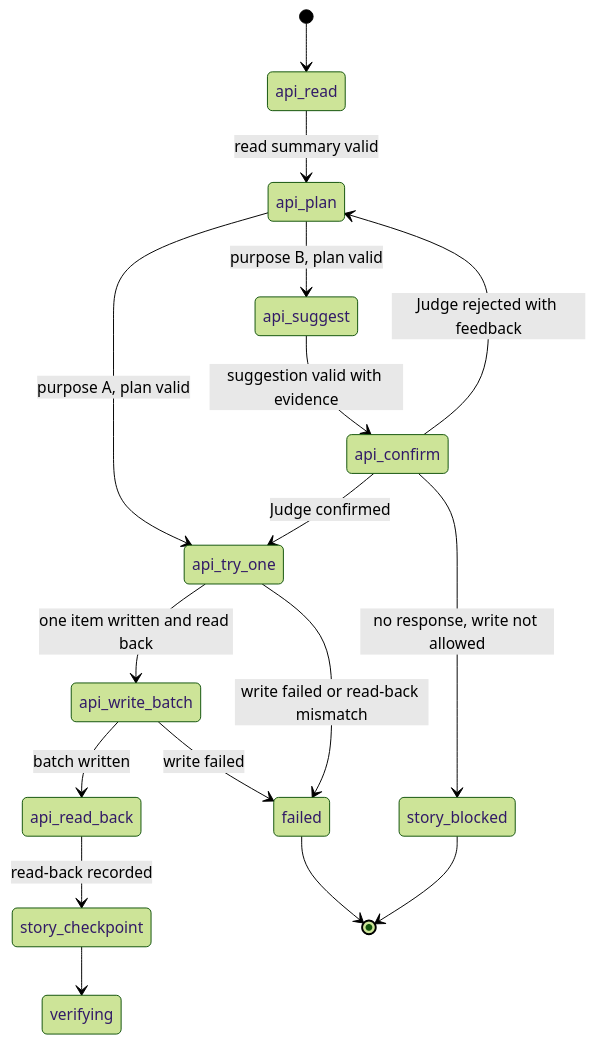
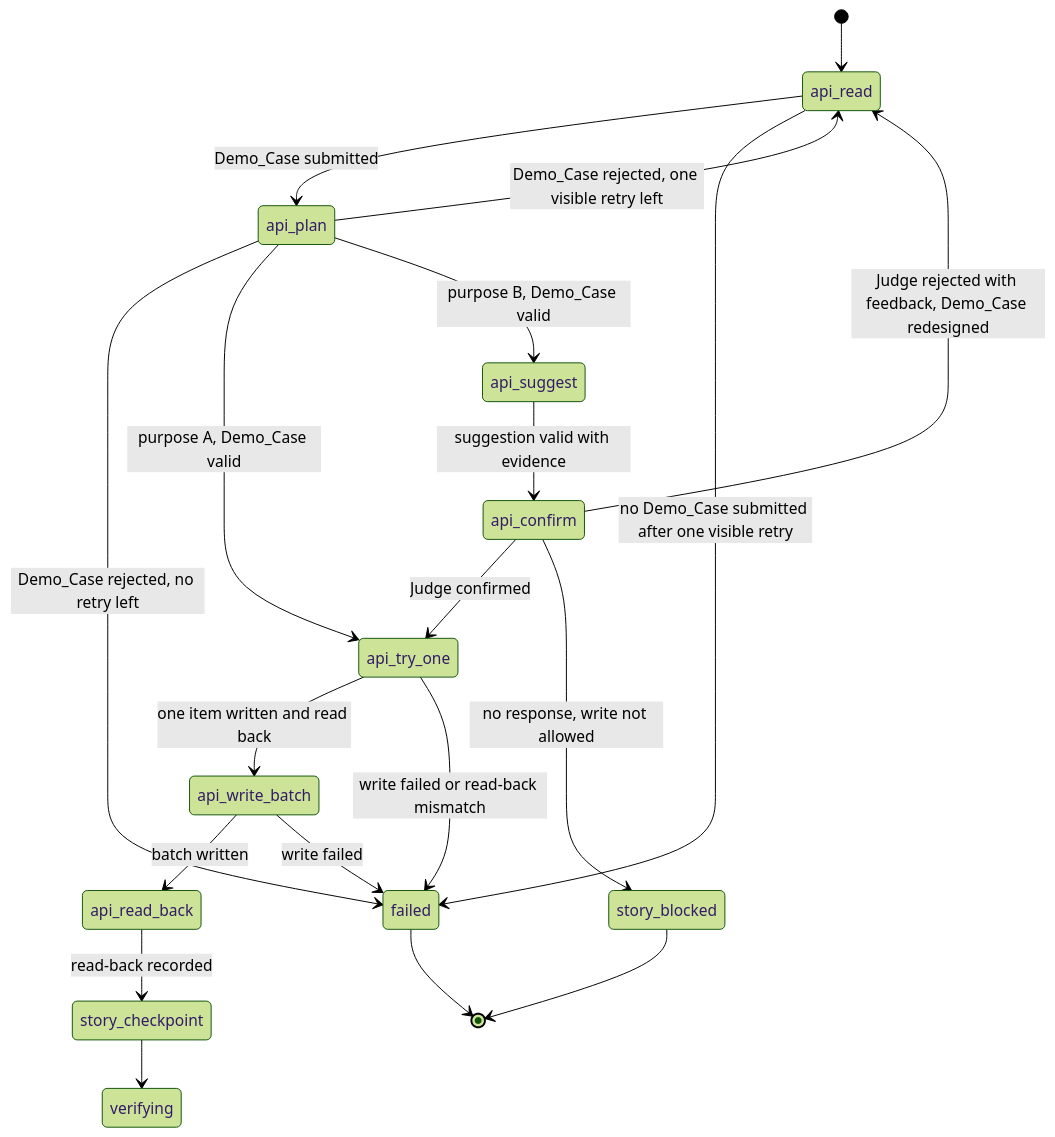
The third of 3 diagrams in .kiro/specs/graftlab-ai/design.md (peikuo/graftlab-ai), drawn with Mermaid (forest theme) before and after one commit. The commit also changed other lines of this file and 2 other files, not shown here.

Commit message:
docs(spec): Demo_Case decision for API-operation stories and implementation task list

````diff
--- a/.kiro/specs/graftlab-ai/design.md
+++ b/.kiro/specs/graftlab-ai/design.md
@@ -250,19 +252,22 @@
 ```mermaid
 stateDiagram-v2
     [*] --> api_read
-    api_read --> api_plan: read summary valid
-    api_plan --> api_try_one: purpose A, plan valid
-    api_plan --> api_suggest: purpose B, plan valid
+    api_read --> api_plan: Demo_Case submitted
+    api_read --> failed: no Demo_Case submitted after one visible retry
+    api_plan --> api_read: Demo_Case rejected, one visible retry left
+    api_plan --> failed: Demo_Case rejected, no retry left
+    api_plan --> api_try_one: purpose A, Demo_Case valid
+    api_plan --> api_suggest: purpose B, Demo_Case valid
     api_suggest --> api_confirm: suggestion valid with evidence
     api_confirm --> api_try_one: Judge confirmed
-    api_confirm --> api_plan: Judge rejected with feedback
+    api_confirm --> api_read: Judge rejected with feedback, Demo_Case redesigned
     api_confirm --> story_blocked: no response, write not allowed
     api_try_one --> api_write_batch: one item written and read back
     api_try_one --> failed: write failed or read-back mismatch
     api_write_batch --> api_read_back: batch written
     api_write_batch --> failed: write failed
     api_read_back --> story_checkpoint: read-back recorded
     story_checkpoint --> verifying
     story_blocked --> [*]
     failed --> [*]
 ```
````
